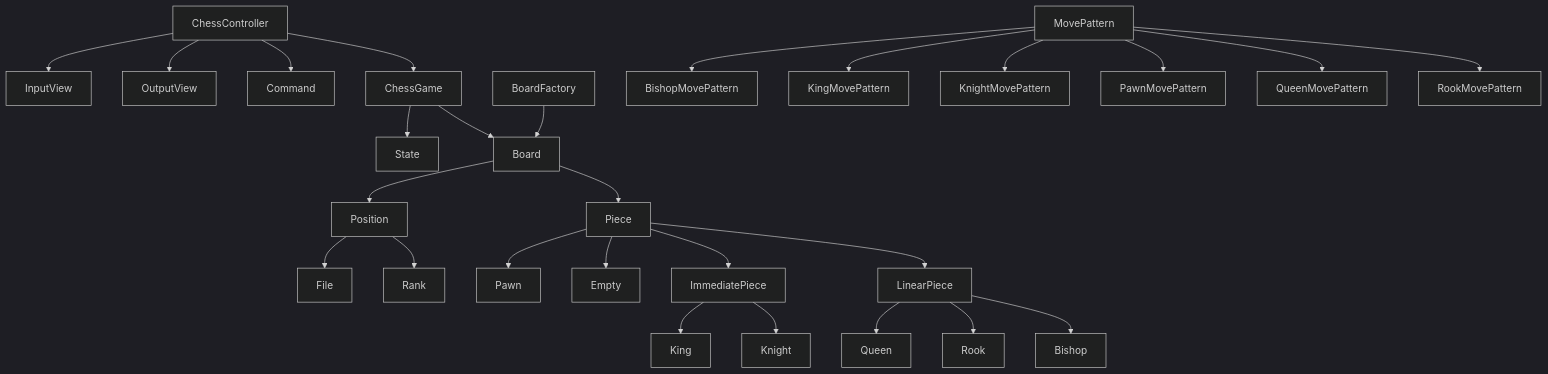
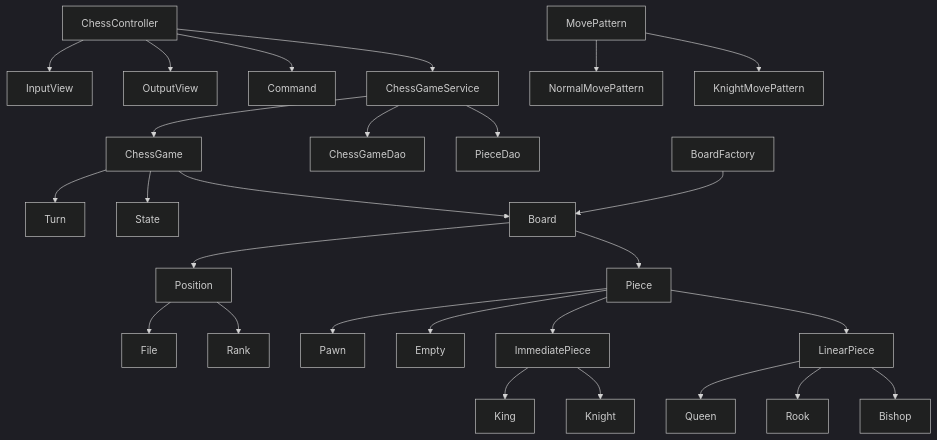
The diagram in README.md (woowacourse/java-chess), drawn with Mermaid (dark theme) before and after one commit. The commit also changed other lines of this file and 57 other files, not shown here.

````diff
--- a/README.md
+++ b/README.md
@@ -11,36 +11,37 @@
 ```mermaid
 graph TD
     ChessController --> InputView
     ChessController --> OutputView
     ChessController --> Command
-    ChessController --> ChessGame
+    ChessController --> ChessGameService
+    
+    ChessGameService --> ChessGame
+    ChessGameService --> ChessGameDao
+    ChessGameService --> PieceDao
 
+    ChessGame --> Turn
     ChessGame --> State
     ChessGame --> Board
     
     BoardFactory --> Board
 
     Board --> Piece
     Board --> Position
     
     Position --> File
     Position --> Rank
     
     Piece --> Pawn
     Piece --> Empty
     Piece --> ImmediatePiece
     Piece --> LinearPiece
     ImmediatePiece --> King
     ImmediatePiece --> Knight
     
     LinearPiece --> Queen
     LinearPiece --> Rook
     LinearPiece --> Bishop
     
-    MovePattern --> BishopMovePattern
-    MovePattern --> KingMovePattern
+    MovePattern --> NormalMovePattern
     MovePattern --> KnightMovePattern
-    MovePattern --> PawnMovePattern
-    MovePattern --> QueenMovePattern
-    MovePattern --> RookMovePattern
 ```
````
